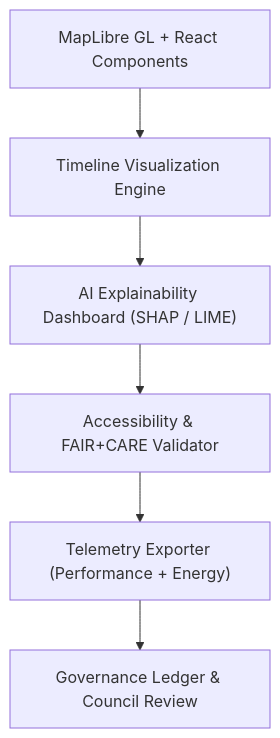
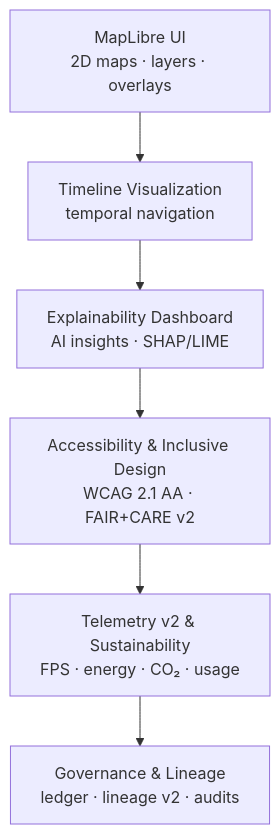
Before and after one commit to bartytime4life/Kansas-Frontier-Matrix: the diagram in docs/guides/visualization/README.md, drawn with Mermaid. The commit also changed other lines of this file, not shown here.

First line of the commit message:
Upgrade visualization guide to version 10.4.2

`````diff
--- a/docs/guides/visualization/README.md
+++ b/docs/guides/visualization/README.md
@@ -57,8 +76,9 @@
 ```mermaid
 flowchart TD
-A["MapLibre GL + React Components"] --> B["Timeline Visualization Engine"]
-B --> C["AI Explainability Dashboard (SHAP / LIME)"]
-C --> D["Accessibility & FAIR+CARE Validator"]
-D --> E["Telemetry Exporter (Performance + Energy)"]
-E --> F["Governance Ledger & Council Review"]
-```
+
+MAP["MapLibre UI<br/>2D maps · layers · overlays"] --> TIME["Timeline Visualization<br/>temporal navigation"]
+TIME --> EXPL["Explainability Dashboard<br/>AI insights · SHAP/LIME"]
+EXPL --> A11Y["Accessibility & Inclusive Design<br/>WCAG 2.1 AA · FAIR+CARE v2"]
+A11Y --> TEL["Telemetry v2 & Sustainability<br/>FPS · energy · CO₂ · usage"]
+TEL --> GOV["Governance & Lineage<br/>ledger · lineage v2 · audits"]
+````
`````
